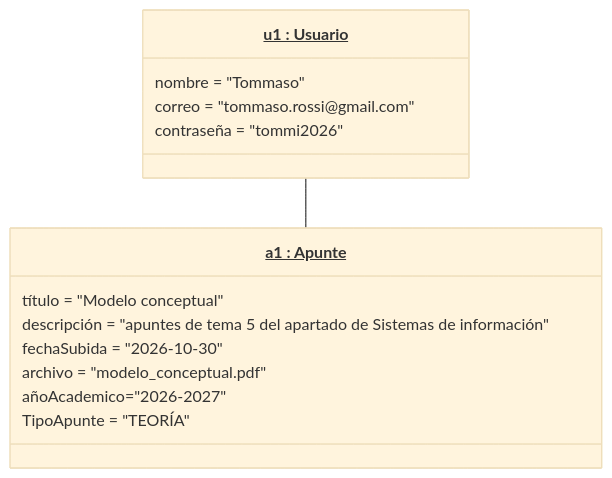
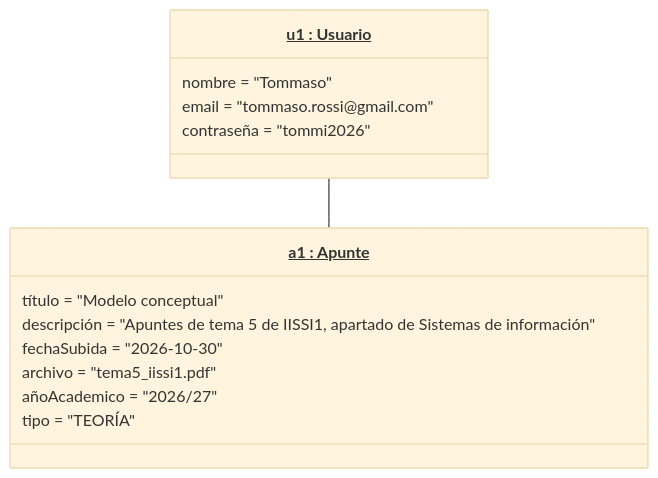
Before and after one commit to JaavierBC/proyecto-curso-iissi1-2026-GWQ0807: the first of 2 diagrams in README.md, drawn with Mermaid (base theme). The commit also changed other lines of this file, not shown here.

Commit message:
Actualizar EP-01

````diff
--- a/README.md
+++ b/README.md
@@ -349,17 +349,17 @@
 ```mermaid
 classDiagram
     class u1["<u>u1 : Usuario</u>"]{
         nombre = "Tommaso"
-        correo = "tommaso.rossi@gmail.com"
+        email = "tommaso.rossi@gmail.com"
         contraseña = "tommi2026"
     }
     class a1["<u>a1 : Apunte</u>"]{
         título = "Modelo conceptual"
-        descripción = "apuntes de tema 5 del apartado de Sistemas de información"
+        descripción = "Apuntes de tema 5 de IISSI1, apartado de Sistemas de información"
         fechaSubida = "2026-10-30"
-        archivo = "modelo_conceptual.pdf"
-        añoAcademico="2026-2027"
-        TipoApunte = "TEORÍA" 
+        archivo = "tema5_iissi1.pdf"
+        añoAcademico = "2026/27"
+        tipo = "TEORÍA" 
     }
     u1 -- a1
 ```
````
